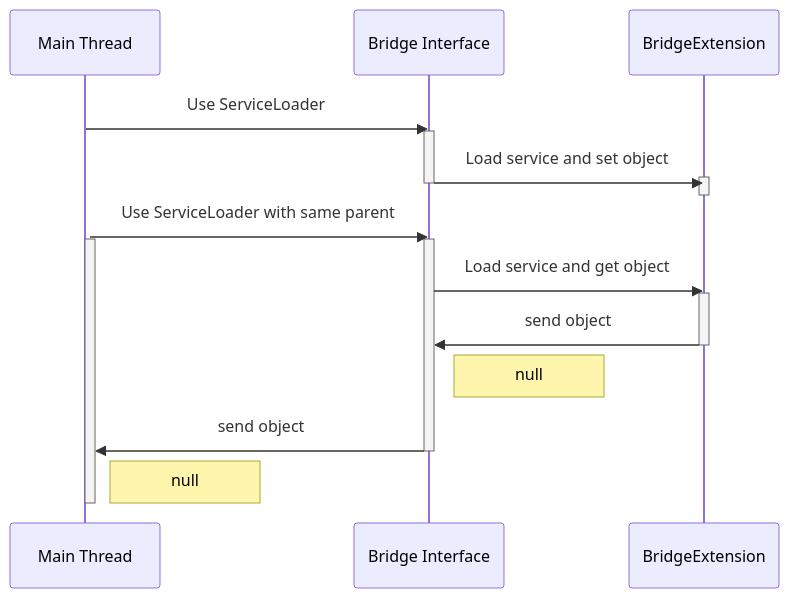
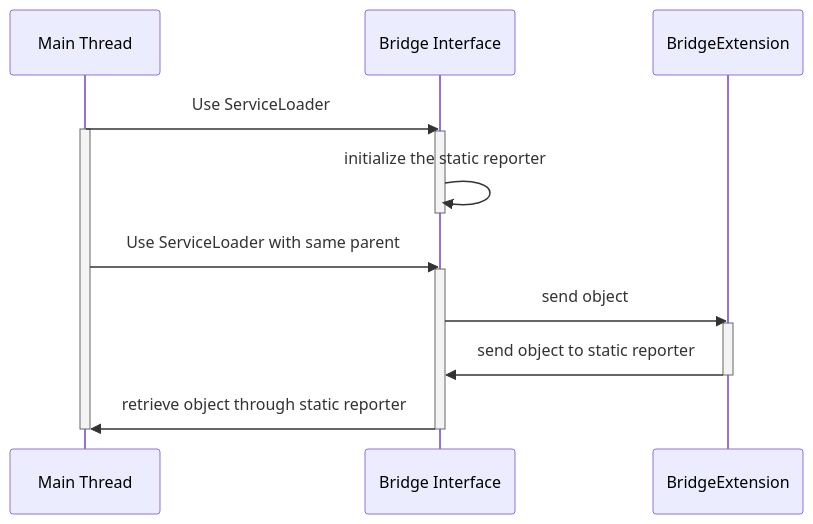
Before and after one commit to Xenowa/ballerina-tool-plugin-bridge: the diagram in README.md, drawn with Mermaid.

Commit message:
Updated README file

````diff
--- a/README.md
+++ b/README.md
@@ -3,25 +3,20 @@
 ```mermaid
 sequenceDiagram
     participant Main Thread
     participant Bridge Interface
     participant BridgeExtension
     Main Thread ->> Bridge Interface: Use ServiceLoader
     activate Main Thread
     activate Bridge Interface
-    Bridge Interface ->> BridgeExtension: Load service and set object
+    Bridge Interface ->> Bridge Interface: initialize the static reporter
     deactivate Bridge Interface
+    Main Thread ->> Bridge Interface: Use ServiceLoader with same parent
+    activate Bridge Interface
+    Bridge Interface ->> BridgeExtension: send object
     activate BridgeExtension
+    BridgeExtension ->> Bridge Interface: send object to static reporter
     deactivate BridgeExtension
-    Main Thread ->> Bridge Interface: Use ServiceLoader with same parent
-    activate Main Thread
-    activate Bridge Interface
-    Bridge Interface ->> BridgeExtension: Load service and get object
-    activate BridgeExtension
-    BridgeExtension ->> Bridge Interface: send object
-    deactivate BridgeExtension
-    Note right of Bridge Interface: null
-    Bridge Interface ->> Main Thread: send object
+    Bridge Interface ->> Main Thread: retrieve object through static reporter
     deactivate Bridge Interface
-    Note right of Main Thread: null
     deactivate Main Thread
 ```
````
